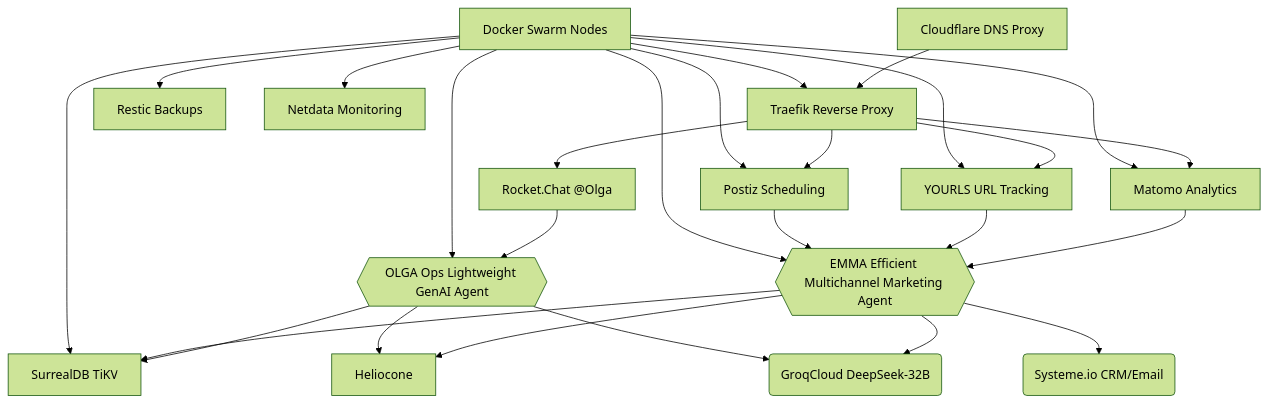
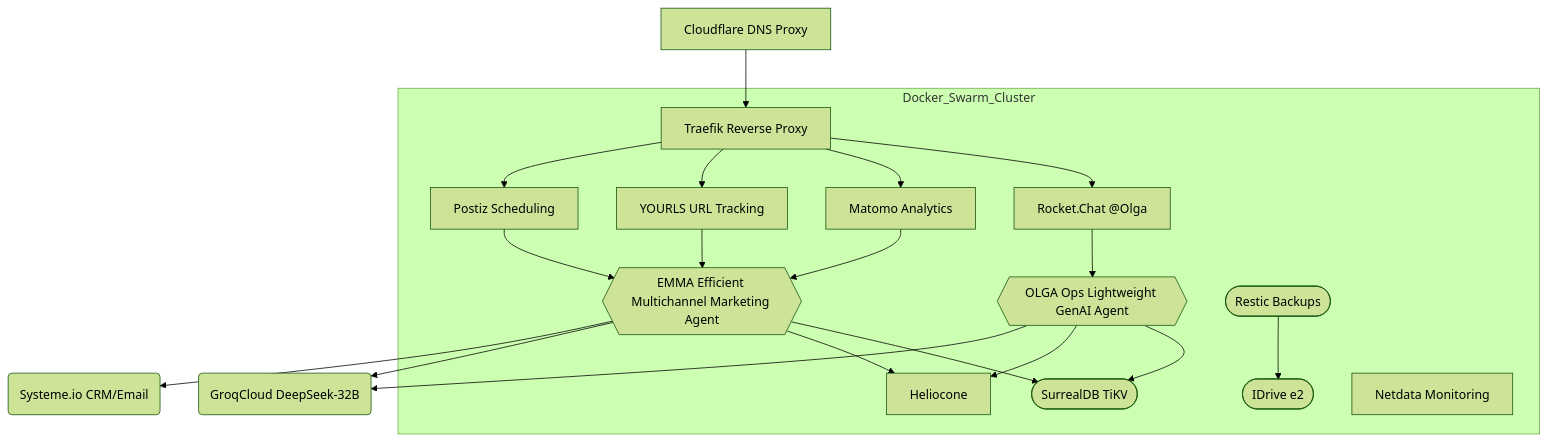
One commit to deepbrainspace/deepbrain-stack changed the third of 4 diagrams in projects/bnb/v6-b.md. Above: the diagram before and after it, drawn with Mermaid (forest theme). The commit also changed other lines of this file, not shown here.

````diff
--- a/projects/bnb/v6-b.md
+++ b/projects/bnb/v6-b.md
@@ -66,28 +67,23 @@
 ```mermaid
 flowchart TD
     U[Cloudflare DNS Proxy] --> E[Traefik Reverse Proxy]
-    E --> A[Rocket.Chat @Olga]
-    A --> B{{OLGA Ops Lightweight GenAI Agent}}
-    B --> C[SurrealDB TiKV]
-    E --> G[Matomo Analytics]
-    E --> I[YOURLS URL Tracking]
-    E --> J[Postiz Scheduling]
-    G --> H{{EMMA Efficient Multichannel Marketing Agent}}
-    I --> H
-    J --> H
-    H --> C
-    H --> F[Heliocone]
-    B --> F
-    H --> T(GroqCloud DeepSeek-32B)
-    B --> T
+    subgraph Docker_Swarm_Cluster
+        E --> A[Rocket.Chat @Olga]
+        A --> B{{OLGA Ops Lightweight GenAI Agent}}
+        B --> C([SurrealDB TiKV])
+        E --> G[Matomo Analytics]
+        E --> I[YOURLS URL Tracking]
+        E --> J[Postiz Scheduling]
+        G --> H{{EMMA Efficient Multichannel Marketing Agent}}
+        I --> H
+        J --> H
+        H --> C
+        B --> F[Heliocone]
+        H --> F
+        R([Restic Backups]) --> K([IDrive e2])
+        S[Netdata Monitoring]
+    end
+    B --> T(GroqCloud DeepSeek-32B)
+    H --> T
     H --> V(Systeme.io CRM/Email)
-    Q[Docker Swarm Nodes] --> E
-    Q --> C
-    Q --> B
-    Q --> H
-    Q --> G
-    Q --> I
-    Q --> J
-    Q --> R[Restic Backups]
-    Q --> S[Netdata Monitoring]
 ```
````
